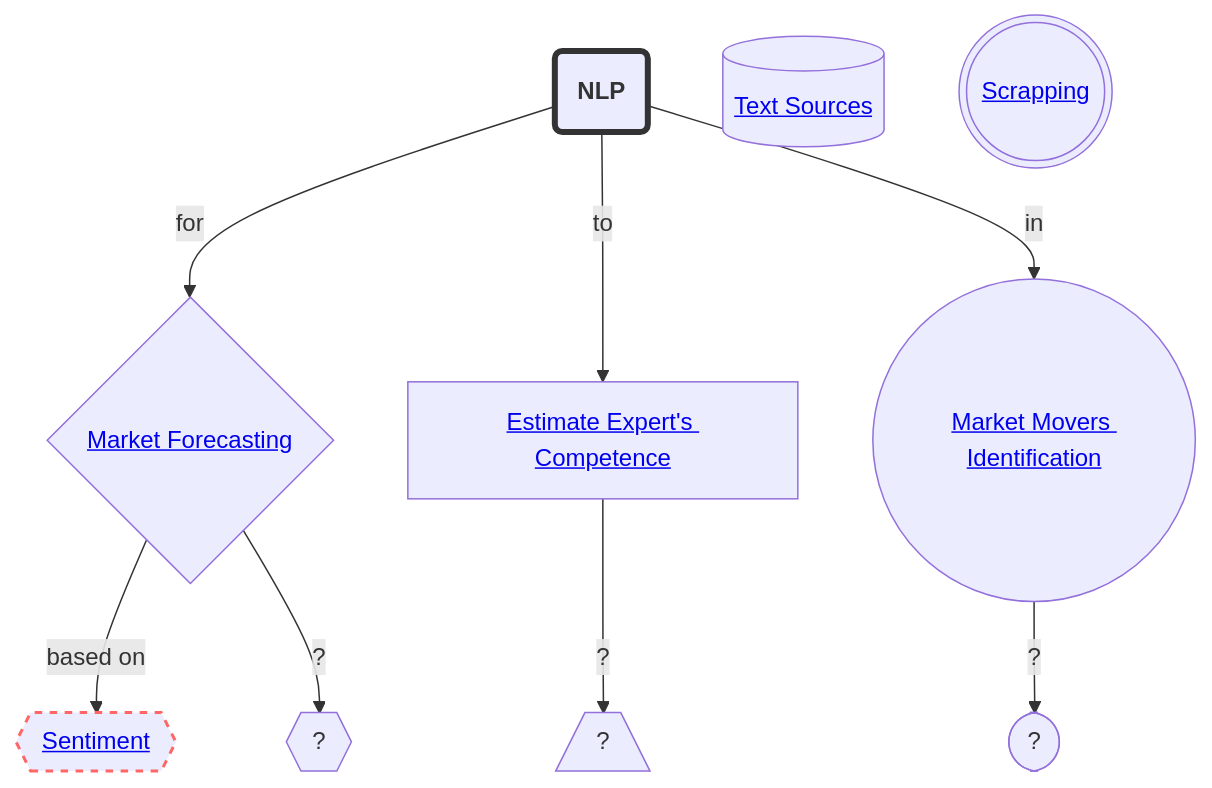
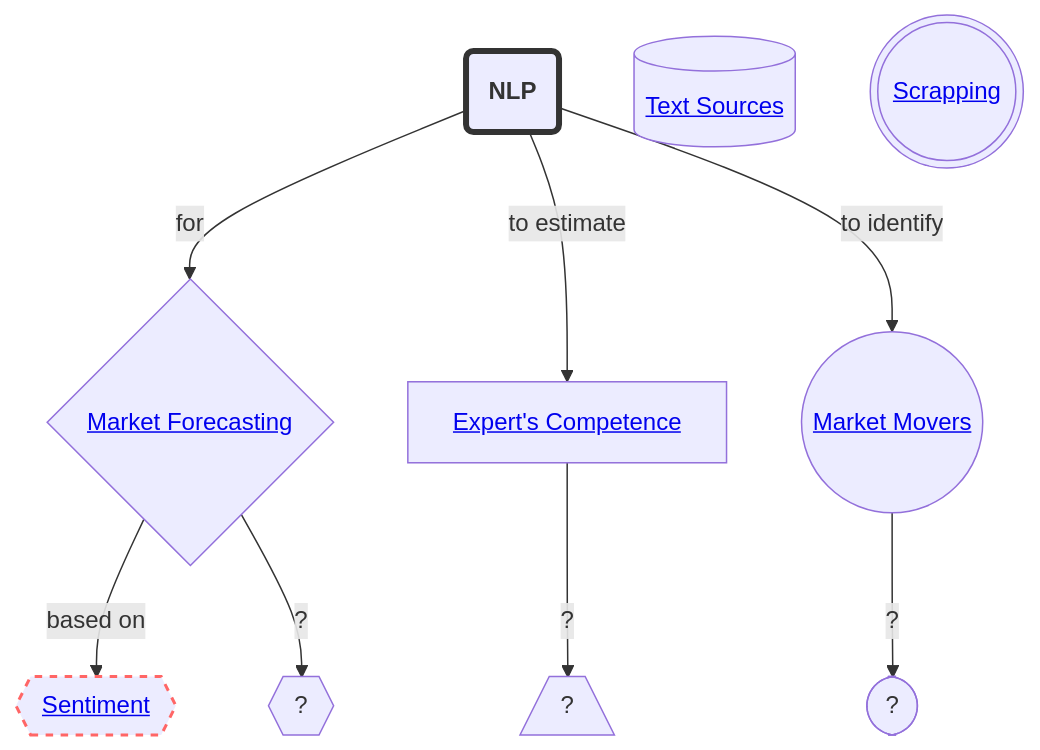
Before and after one commit to completelyboofyblitzed/STOCK-MARKET-NLP: the diagram in README.md, drawn with Mermaid.

````diff
--- a/README.md
+++ b/README.md
@@ -9,22 +9,22 @@
 ```mermaid
 %%{init: {"theme": "default","fontFamily": "cursive", "sequence": { "securityLevel":"loose" }}}%%
 graph TD
     classDef containers fill:#E6E1F7
     
     %% styling the nodes and arrors https://dompl.medium.com/produce-great-looking-flowcharts-in-seconds-7f3bea64f2e2
     %% mermaid editor https://mermaid.live
     
     A(<b>NLP</b>) -->|for| C{<a href='https://github.com/completelyboofyblitzed/NLP-in-STOCK-MARKET/blob/main/README.md#market-forecasting'>Market Forecasting</a>} 
     style A stroke:#333,stroke-width:4px
     J[(<a href='https://github.com/completelyboofyblitzed/NLP-in-STOCK-MARKET/blob/main/README.md#text-sources'>Text Sources</a>)]
     S(((<a href='https://github.com/completelyboofyblitzed/NLP-in-STOCK-MARKET/blob/main/README.md#scrapping'>Scrapping</a>)))
-    A -->|to| E[<a href='https://github.com/completelyboofyblitzed/NLP-in-STOCK-MARKET/blob/main/README.md#experts-competence-estimation'>Estimate Expert's Competence</a>]
-    A -->|in| M((<a href='https://github.com/completelyboofyblitzed/NLP-in-STOCK-MARKET/blob/main/README.md#market-movers-identification'>Market Movers Identification</a>))
+    A -->|to estimate| E[<a href='https://github.com/completelyboofyblitzed/NLP-in-STOCK-MARKET/blob/main/README.md#experts-competence-estimation'>Expert's Competence</a>]
+    A -->|to identify| M((<a href='https://github.com/completelyboofyblitzed/NLP-in-STOCK-MARKET/blob/main/README.md#market-movers-identification'>Market Movers</a>))
     C -->|based on| D{{<a href='https://github.com/completelyboofyblitzed/NLP-in-STOCK-MARKET/blob/main/README.md#sentiment-based' >Sentiment</a>}}
     C -->|?| B{{?}}
     style D stroke:#f66,stroke-width:2px,color:#fff,stroke-dasharray: 5 5,text-decoration: none
     %% click B href "https://github.com/completelyboofyblitzed/NLP-in-STOCK-MARKET#sentiment-based" "This is a tooltip for a link"
     E -->|?| F[/?\]
     M -->|?| Q([?])
     %% class A,B,C,E,E,M,F,Q containers;
 ```
````
